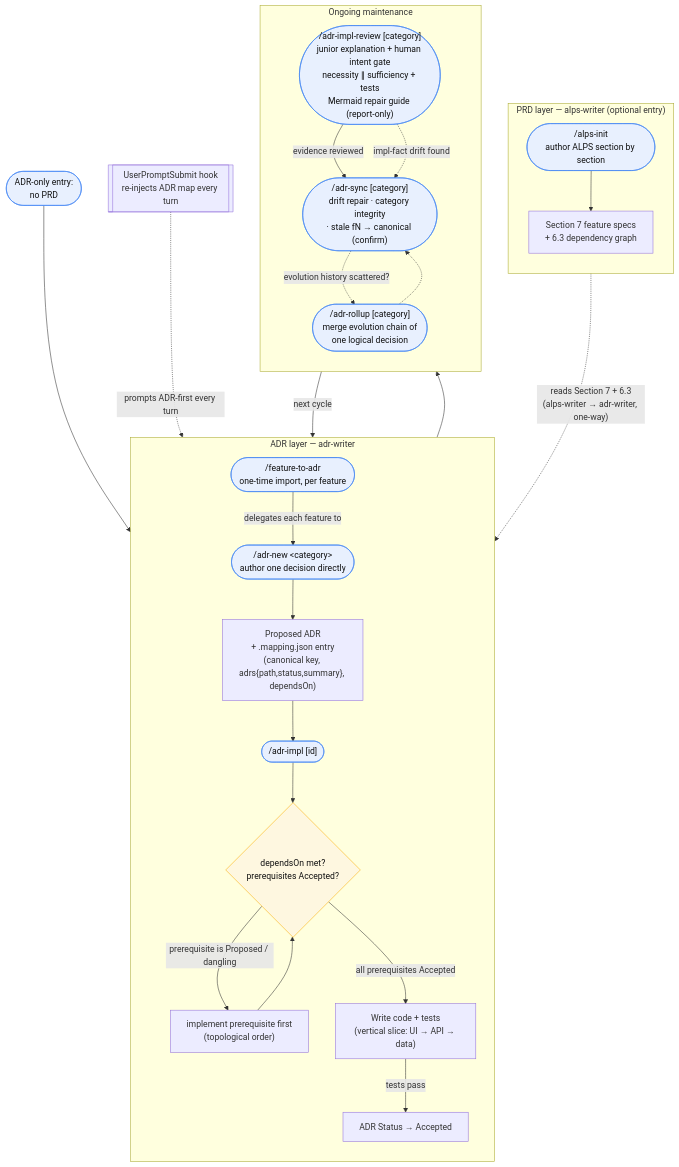
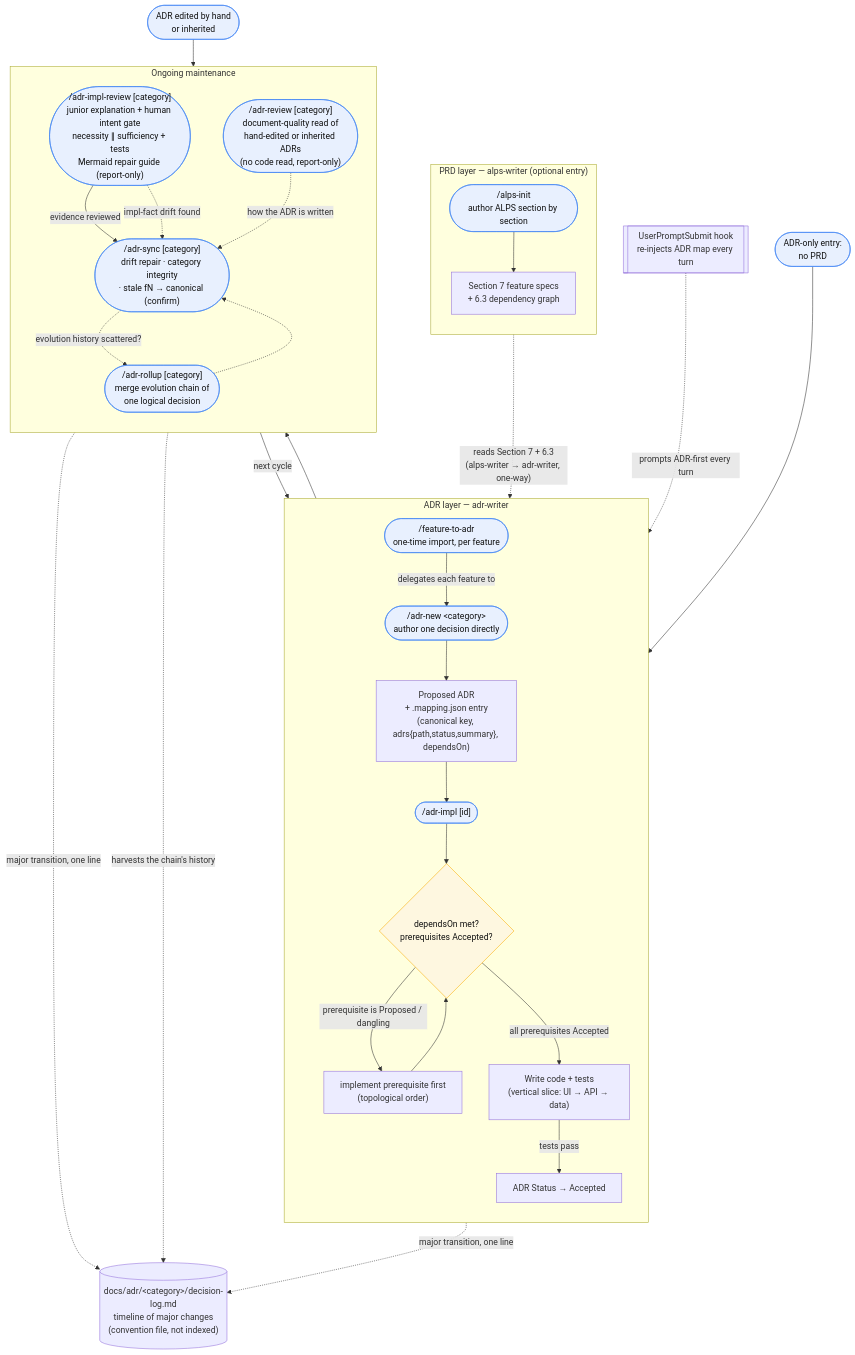
The second of 2 diagrams in docs/usage.md (haandol/alps-writer-mcp), drawn with Mermaid before and after one commit. The commit also changed other lines of this file and 4 other files, not shown here.

````diff
--- a/docs/usage.md
+++ b/docs/usage.md
@@ -27,53 +27,60 @@
 ```mermaid
 flowchart TD
     subgraph prd["PRD layer — alps-writer (optional entry)"]
         direction TB
         Init(["/alps-init<br/>author ALPS section by section"])
         S7["Section 7 feature specs<br/>+ 6.3 dependency graph"]
         Init --> S7
     end
 
     subgraph adr["ADR layer — adr-writer"]
         direction TB
         F2A(["/feature-to-adr<br/>one-time import, per feature"])
         New(["/adr-new &lt;category&gt;<br/>author one decision directly"])
         Proposed["Proposed ADR<br/>+ .mapping.json entry<br/>(canonical key, adrs{path,status,summary}, dependsOn)"]
         Impl(["/adr-impl [id]"])
         Gate{"dependsOn met?<br/>prerequisites Accepted?"}
         Code["Write code + tests<br/>(vertical slice: UI → API → data)"]
         Accepted["ADR Status → Accepted"]
 
         F2A -->|delegates each feature to| New
         New --> Proposed
         Proposed --> Impl
         Impl --> Gate
         Gate -->|prerequisite is Proposed / dangling| PrereqFirst["implement prerequisite first<br/>(topological order)"]
         PrereqFirst --> Gate
         Gate -->|all prerequisites Accepted| Code
         Code -->|tests pass| Accepted
     end
 
     subgraph maint["Ongoing maintenance"]
         direction TB
         Review(["/adr-impl-review [category]<br/>junior explanation + human intent gate<br/>necessity ∥ sufficiency + tests<br/>Mermaid repair guide (report-only)"])
         Sync(["/adr-sync [category]<br/>drift repair · category integrity<br/>· stale fN → canonical (confirm)"])
         Rollup(["/adr-rollup [category]<br/>merge evolution chain of<br/>one logical decision"])
+        DocRev(["/adr-review [category]<br/>document-quality read of<br/>hand-edited or inherited ADRs<br/>(no code read, report-only)"])
     end
 
     Hook[["UserPromptSubmit hook<br/>re-injects ADR map every turn"]]
+    Log[("docs/adr/&lt;category&gt;/decision-log.md<br/>timeline of major changes<br/>(convention file, not indexed)")]
 
     S7 -.->|"reads Section 7 + 6.3<br/>(alps-writer → adr-writer, one-way)"| F2A
     Start(["ADR-only entry:<br/>no PRD"]) --> New
     Accepted --> Review
     Review -->|evidence reviewed| Sync
     Review -.->|impl-fact drift found| Sync
     Sync -->|next cycle| Impl
     Sync -.->|evolution history scattered?| Rollup
     Rollup -.-> Sync
+    Hand(["ADR edited by hand<br/>or inherited"]) --> DocRev
+    DocRev -.->|"how the ADR is written"| Sync
     Hook -.->|prompts ADR-first every turn| Impl
+    Impl -.->|"major transition, one line"| Log
+    Sync -.->|"major transition, one line"| Log
+    Rollup -.->|"harvests the chain's history"| Log
 
     classDef cmd fill:#e8f0fe,stroke:#4285f4,color:#111;
     classDef gate fill:#fef7e0,stroke:#f9ab00,color:#111;
-    class Init,F2A,New,Impl,Review,Sync,Rollup,Start cmd;
+    class Init,F2A,New,Impl,Review,Sync,Rollup,DocRev,Start,Hand cmd;
     class Gate gate;
 ```
````
